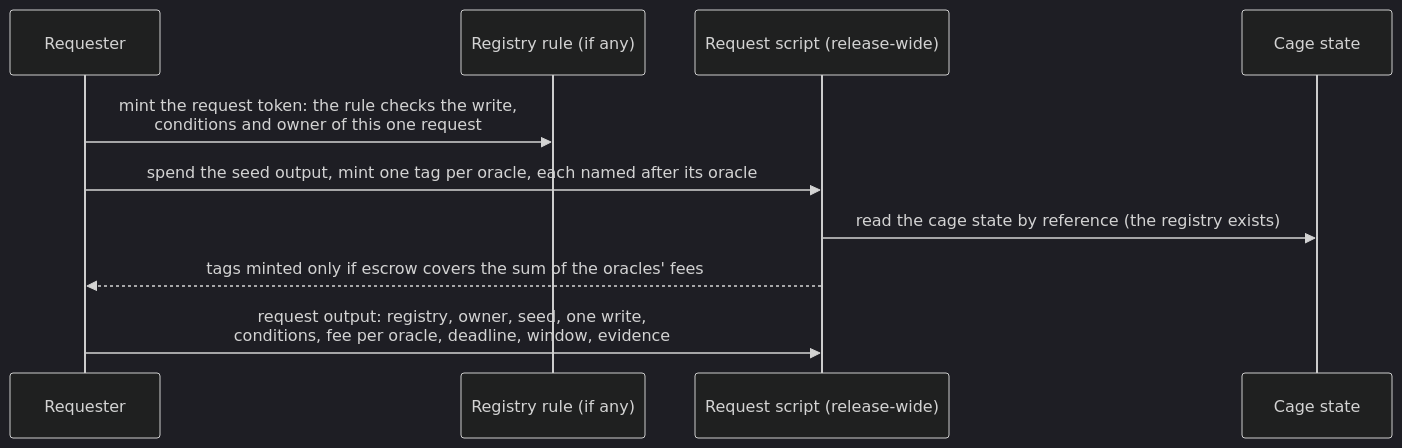
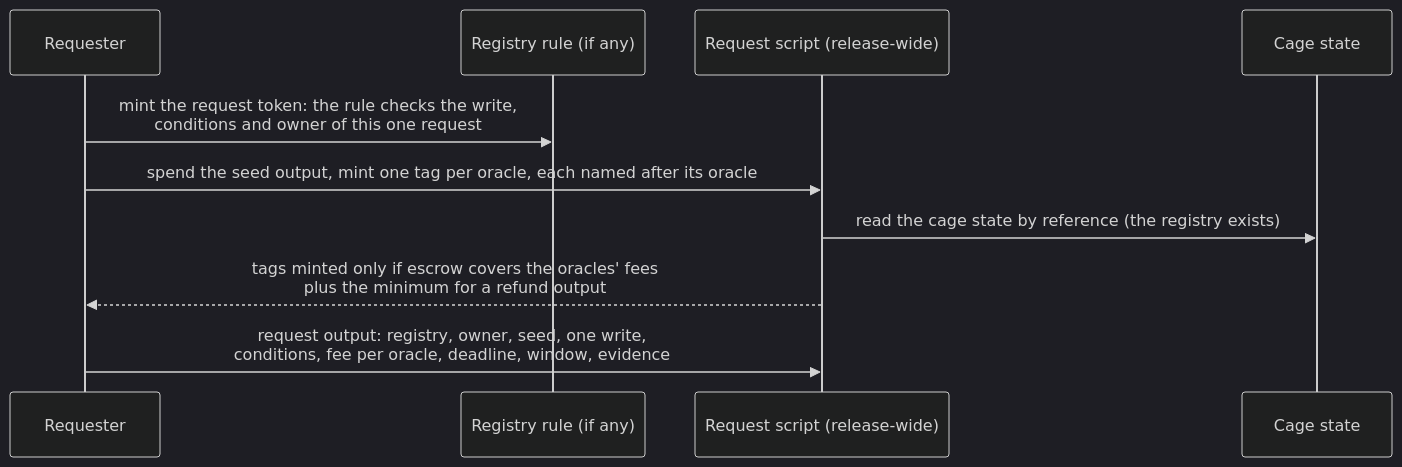
The third of 7 diagrams in docs/design/registries/lifecycle.md (cardano-foundation/cardano-mpfs-onchain), drawn with Mermaid (dark theme) before and after one commit. The commit also changed other lines of this file and 8 other files, not shown here.

````diff
--- a/docs/design/registries/lifecycle.md
+++ b/docs/design/registries/lifecycle.md
@@ -59,12 +58,12 @@
 ```mermaid
 sequenceDiagram
   participant R as Requester
   participant G as Registry rule (if any)
   participant P as Request script (release-wide)
   participant C as Cage state
   R->>G: mint the request token: the rule checks the write,<br/>conditions and owner of this one request
   R->>P: spend the seed output, mint one tag per oracle, each named after its oracle
   P->>C: read the cage state by reference (the registry exists)
-  P-->>R: tags minted only if escrow covers the sum of the oracles' fees
+  P-->>R: tags minted only if escrow covers the oracles' fees<br/>plus the minimum for a refund output
   R->>P: request output: registry, owner, seed, one write,<br/>conditions, fee per oracle, deadline, window, evidence
 ```
````
